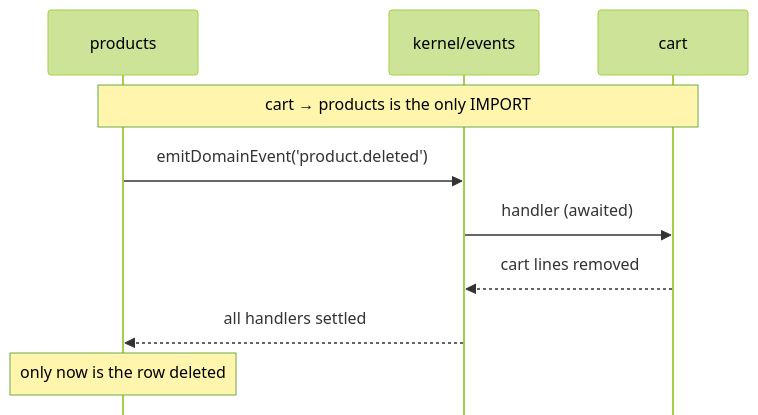
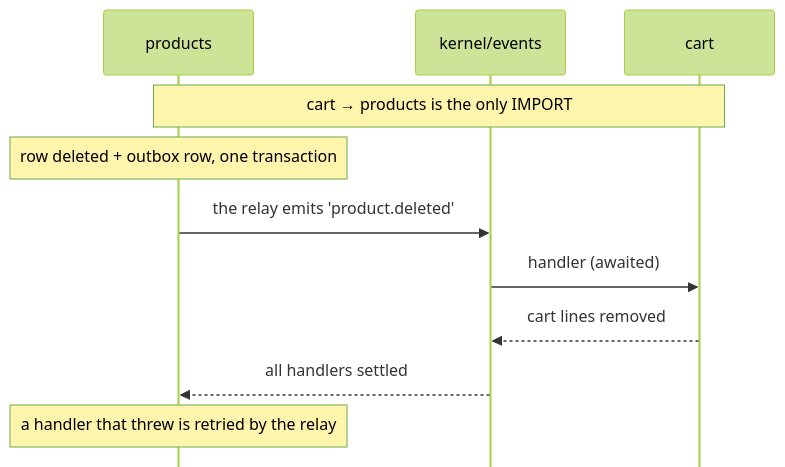
The sixth of 7 diagrams in docs/theory/modules.md (Guebbit/boilerplate-node-backend), drawn with Mermaid (forest theme) before and after one commit. The commit also changed other lines of this file and 15 other files, not shown here.

First line of the commit message:
fix(products): send product.deleted through the outbox, with the delete

````diff
--- a/docs/theory/modules.md
+++ b/docs/theory/modules.md
@@ -542,13 +542,14 @@
 ```mermaid
 %%{init: {'sequence': {'mirrorActors': false}}}%%
 sequenceDiagram
     participant P as products
     participant B as kernel/events
     participant C as cart
     Note over C,P: cart → products is the only IMPORT
-    P->>B: emitDomainEvent('product.deleted')
+    Note over P: row deleted + outbox row, one transaction
+    P->>B: the relay emits 'product.deleted'
     B->>C: handler (awaited)
     C-->>B: cart lines removed
     B-->>P: all handlers settled
-    Note over P: only now is the row deleted
+    Note over P: a handler that threw is retried by the relay
 ```
````
